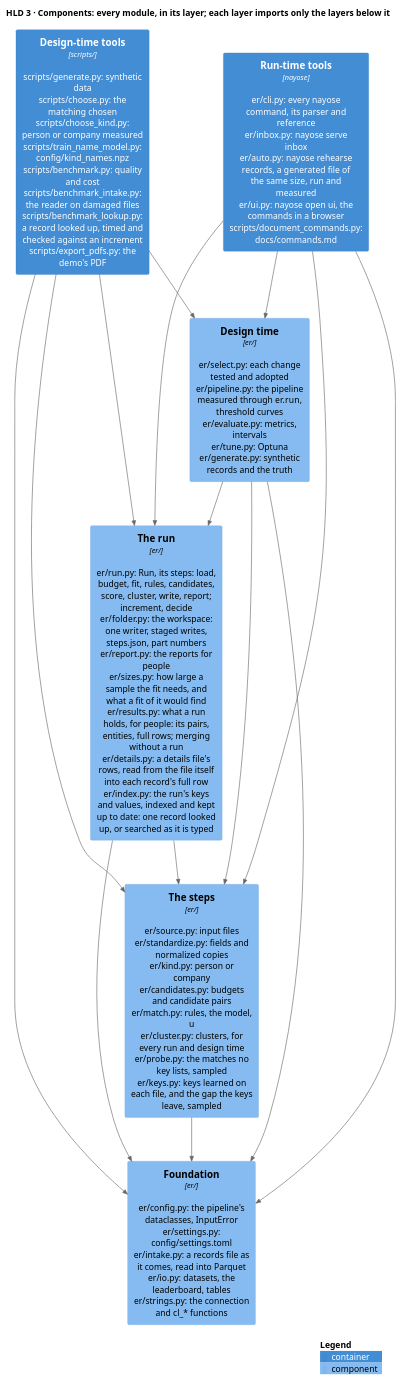
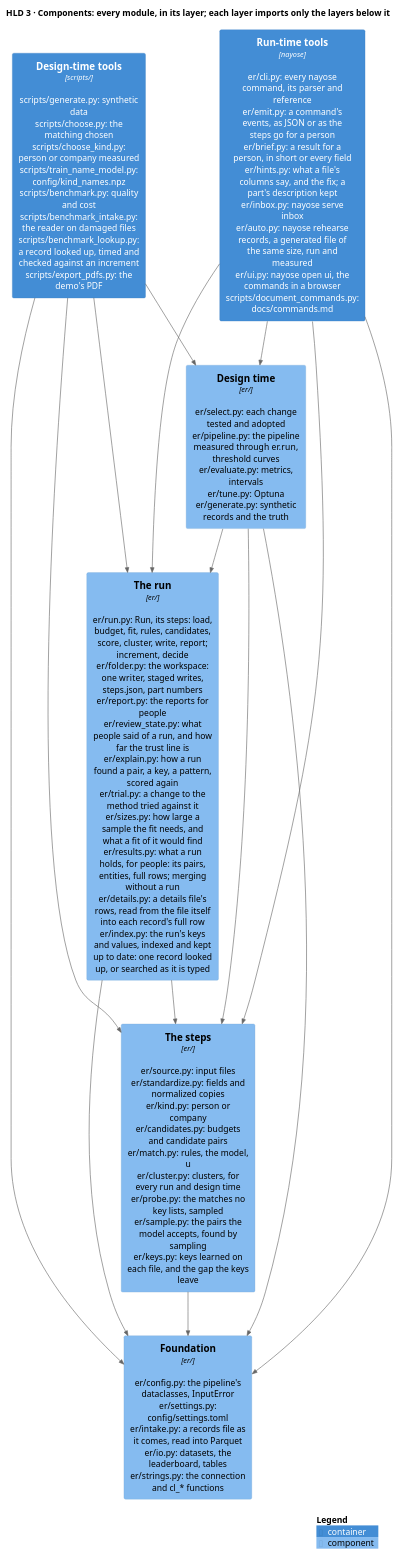
The diagram in docs/diagrams/components.puml (mvsbm/entity_matching), drawn with PlantUML before and after one commit. The commit also changed 29 other files, not shown here.

```diff
--- a/docs/diagrams/components.puml
+++ b/docs/diagrams/components.puml
@@ -1,31 +1,31 @@
 @startuml components
 !include <C4/C4_Component>
 LAYOUT_TOP_DOWN()
 HIDE_STEREOTYPE()
 title HLD 3 · Components: every module, in its layer; each layer imports only the layers below it
 
-Container(tools_run, "Run-time tools", "nayose", "er/cli.py: every nayose command, its parser and reference\ner/inbox.py: nayose serve inbox\ner/auto.py: nayose rehearse records, a generated file of the same size, run and measured\ner/ui.py: nayose open ui, the commands in a browser\nscripts/document_commands.py: docs/commands.md")
+Container(tools_run, "Run-time tools", "nayose", "er/cli.py: every nayose command, its parser and reference\ner/emit.py: a command's events, as JSON or as the steps go for a person\ner/brief.py: a result for a person, in short or every field\ner/hints.py: what a file's columns say, and the fix; a part's description kept\ner/inbox.py: nayose serve inbox\ner/auto.py: nayose rehearse records, a generated file of the same size, run and measured\ner/ui.py: nayose open ui, the commands in a browser\nscripts/document_commands.py: docs/commands.md")
 Container(tools_design, "Design-time tools", "scripts/", "scripts/generate.py: synthetic data\nscripts/choose.py: the matching chosen\nscripts/choose_kind.py: person or company measured\nscripts/train_name_model.py: config/kind_names.npz\nscripts/benchmark.py: quality and cost\nscripts/benchmark_intake.py: the reader on damaged files\nscripts/benchmark_lookup.py: a record looked up, timed and checked against an increment\nscripts/export_pdfs.py: the demo's PDF")
 
-Component(run, "The run", "er/", "er/run.py: Run, its steps: load, budget, fit, rules, candidates, score, cluster, write, report; increment, decide\ner/folder.py: the workspace: one writer, staged writes, steps.json, part numbers\ner/report.py: the reports for people\ner/sizes.py: how large a sample the fit needs, and what a fit of it would find\ner/results.py: what a run holds, for people: its pairs, entities, full rows; merging without a run\ner/details.py: a details file's rows, read from the file itself into each record's full row\ner/index.py: the run's keys and values, indexed and kept up to date: one record looked up, or searched as it is typed")
+Component(run, "The run", "er/", "er/run.py: Run, its steps: load, budget, fit, rules, candidates, score, cluster, write, report; increment, decide\ner/folder.py: the workspace: one writer, staged writes, steps.json, part numbers\ner/report.py: the reports for people\ner/review_state.py: what people said of a run, and how far the trust line is\ner/explain.py: how a run found a pair, a key, a pattern, scored again\ner/trial.py: a change to the method tried against it\ner/sizes.py: how large a sample the fit needs, and what a fit of it would find\ner/results.py: what a run holds, for people: its pairs, entities, full rows; merging without a run\ner/details.py: a details file's rows, read from the file itself into each record's full row\ner/index.py: the run's keys and values, indexed and kept up to date: one record looked up, or searched as it is typed")
 Component(design, "Design time", "er/", "er/select.py: each change tested and adopted\ner/pipeline.py: the pipeline measured through er.run, threshold curves\ner/evaluate.py: metrics, intervals\ner/tune.py: Optuna\ner/generate.py: synthetic records and the truth")
-Component(steps, "The steps", "er/", "er/source.py: input files\ner/standardize.py: fields and normalized copies\ner/kind.py: person or company\ner/candidates.py: budgets and candidate pairs\ner/match.py: rules, the model, u\ner/cluster.py: clusters, for every run and design time\ner/probe.py: the matches no key lists, sampled\ner/keys.py: keys learned on each file, and the gap the keys leave, sampled")
+Component(steps, "The steps", "er/", "er/source.py: input files\ner/standardize.py: fields and normalized copies\ner/kind.py: person or company\ner/candidates.py: budgets and candidate pairs\ner/match.py: rules, the model, u\ner/cluster.py: clusters, for every run and design time\ner/probe.py: the matches no key lists, sampled\ner/sample.py: the pairs the model accepts, found by sampling\ner/keys.py: keys learned on each file, and the gap the keys leave")
 Component(configuration, "Foundation", "er/", "er/config.py: the pipeline's dataclasses, InputError\ner/settings.py: config/settings.toml\ner/intake.py: a records file as it comes, read into Parquet\ner/io.py: datasets, the leaderboard, tables\ner/strings.py: the connection and cl_* functions")
 
 Rel_D(tools_run, run, "")
 Rel_D(tools_run, steps, "")
 Rel_D(tools_run, configuration, "")
 Rel_D(tools_run, design, "")
 Rel_D(tools_design, run, "")
 Rel_D(tools_design, design, "")
 Rel_D(tools_design, steps, "")
 Rel_D(tools_design, configuration, "")
 Rel_D(run, steps, "")
 Rel_D(run, configuration, "")
 Rel_D(design, run, "")
 Rel_D(design, steps, "")
 Rel_D(design, configuration, "")
 Rel_D(steps, configuration, "")
 
 SHOW_LEGEND()
 @enduml
```
